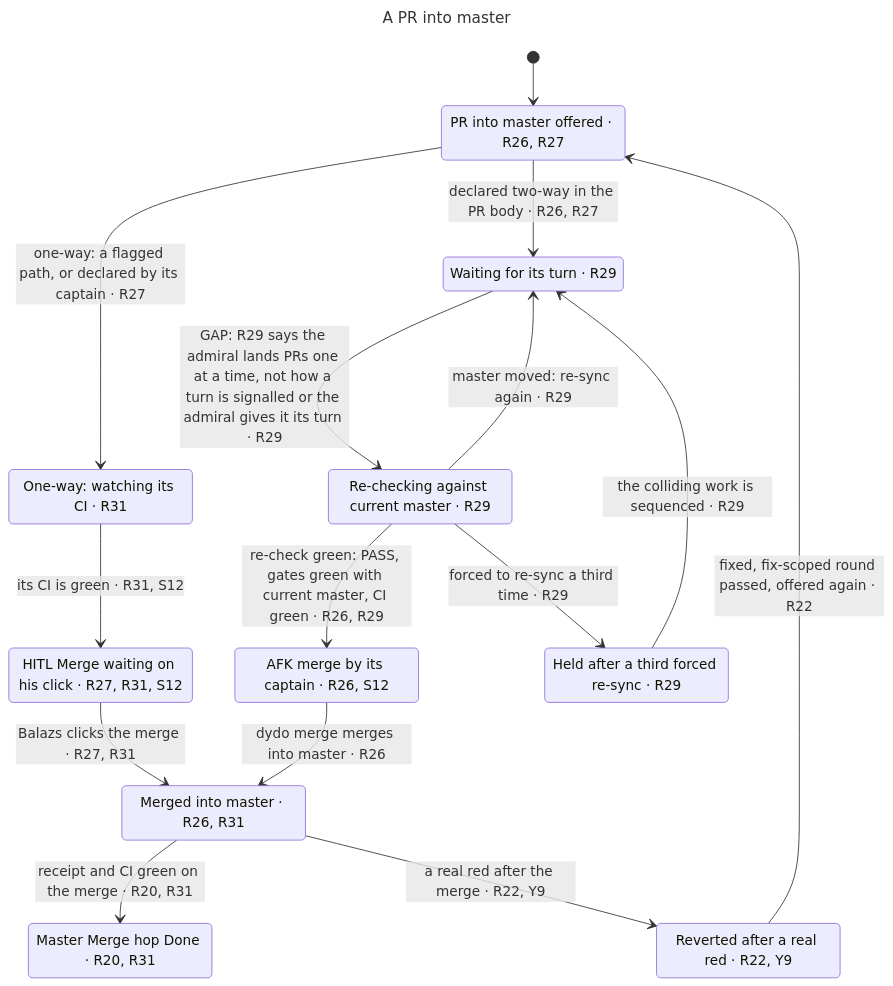
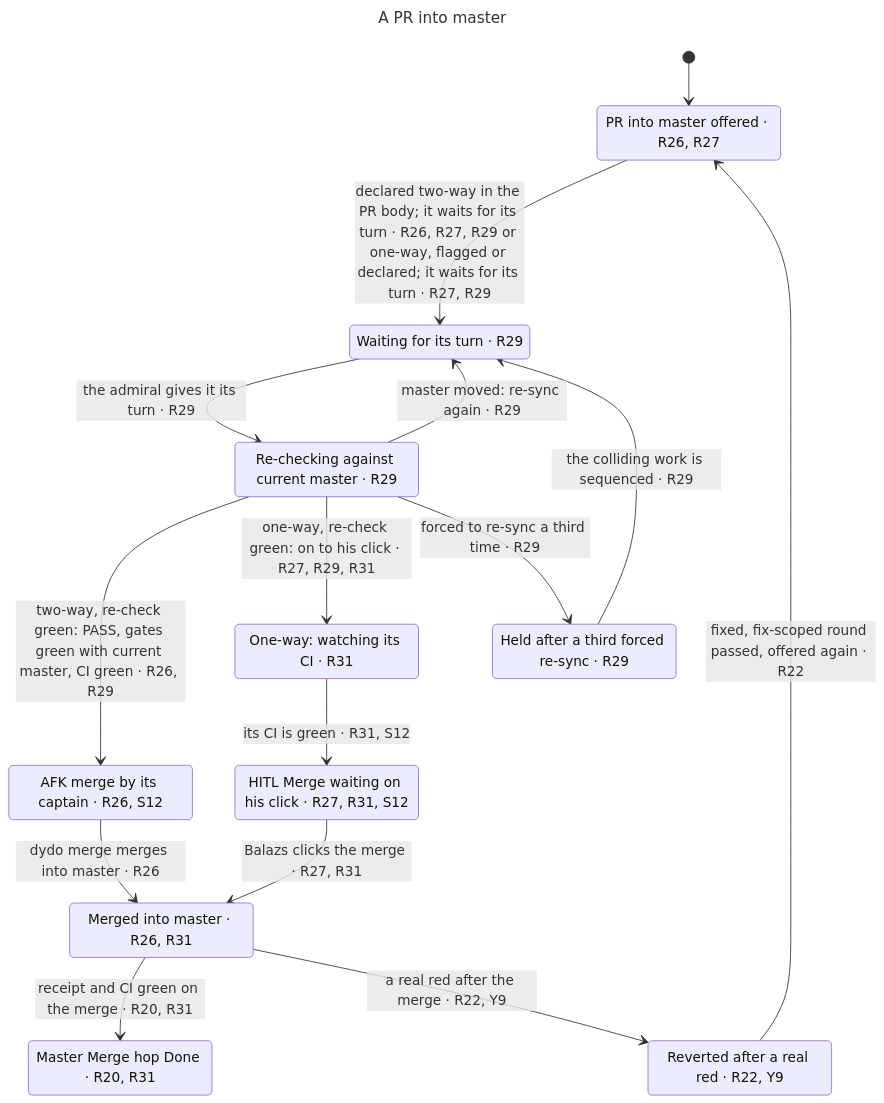
Before and after one commit to BalazsOrg/dydo: the diagram in claims/statechart/master-route/chart.mmd, drawn with Mermaid. The commit also changed 132 other files, not shown here.

```diff
--- a/claims/statechart/master-route/chart.mmd
+++ b/claims/statechart/master-route/chart.mmd
@@ -1,28 +1,28 @@
 ---
 title: "A PR into master"
 ---
 stateDiagram-v2
   s0: PR into master offered #183; R26, R27
-  s1: One-way: watching its CI #183; R31
-  s2: Waiting for its turn #183; R29
-  s3: HITL Merge waiting on his click #183; R27, R31, S12
-  s4: Re-checking against current master #183; R29
-  s5: AFK merge by its captain #183; R26, S12
+  s1: Waiting for its turn #183; R29
+  s2: Re-checking against current master #183; R29
+  s3: AFK merge by its captain #183; R26, S12
+  s4: One-way: watching its CI #183; R31
+  s5: HITL Merge waiting on his click #183; R27, R31, S12
   s6: Merged into master #183; R26, R31
   s7: Master Merge hop Done #183; R20, R31
   s8: Reverted after a real red #183; R22, Y9
   s9: Held after a third forced re-sync #183; R29
   [*] --> s0
-  s0 --> s1: one-way: a flagged path, or declared by its captain #183; R27
-  s0 --> s2: declared two-way in the PR body #183; R26, R27
-  s1 --> s3: its CI is green #183; R31, S12
-  s2 --> s4: GAP: R29 says the admiral lands PRs one at a time, not how a turn is signalled or the admiral gives it its turn #183; R29
-  s3 --> s6: Balazs clicks the merge #183; R27, R31
-  s4 --> s5: re-check green: PASS, gates green with current master, CI green #183; R26, R29
-  s4 --> s2: master moved: re-sync again #183; R29
-  s5 --> s6: dydo merge merges into master #183; R26
+  s0 --> s1: declared two-way in the PR body#59; it waits for its turn #183; R26, R27, R29 or one-way, flagged or declared#59; it waits for its turn #183; R27, R29
+  s1 --> s2: the admiral gives it its turn #183; R29
+  s2 --> s3: two-way, re-check green: PASS, gates green with current master, CI green #183; R26, R29
+  s2 --> s1: master moved: re-sync again #183; R29
+  s2 --> s4: one-way, re-check green: on to his click #183; R27, R29, R31
+  s3 --> s6: dydo merge merges into master #183; R26
+  s4 --> s5: its CI is green #183; R31, S12
+  s5 --> s6: Balazs clicks the merge #183; R27, R31
   s6 --> s7: receipt and CI green on the merge #183; R20, R31
   s6 --> s8: a real red after the merge #183; R22, Y9
   s8 --> s0: fixed, fix-scoped round passed, offered again #183; R22
-  s4 --> s9: forced to re-sync a third time #183; R29
-  s9 --> s2: the colliding work is sequenced #183; R29
+  s2 --> s9: forced to re-sync a third time #183; R29
+  s9 --> s1: the colliding work is sequenced #183; R29
```
